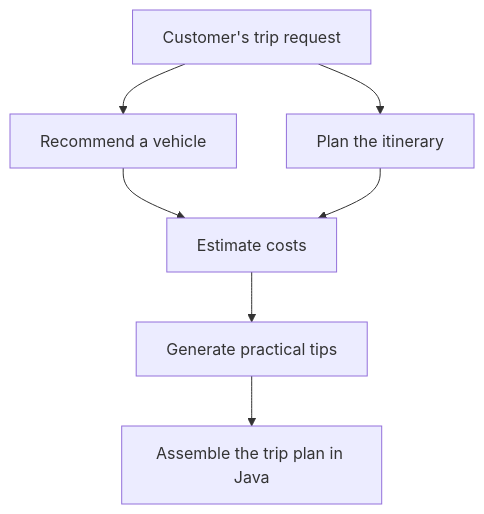
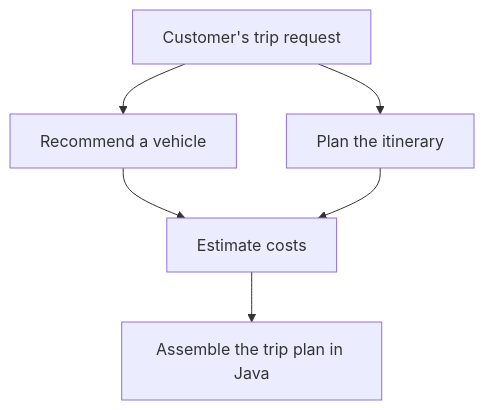
One commit to quarkusio/quarkus-workshop-langchain4j changed the third of 3 diagrams in docs/docs/section-3/step-01.md. Above: the diagram before and after it, drawn with Mermaid. The commit also changed other lines of this file and 151 other files, not shown here.

````diff
--- a/docs/docs/section-3/step-01.md
+++ b/docs/docs/section-3/step-01.md
@@ -13,9 +87,8 @@
-```mermaid
-flowchart TD
-    Request[Customer's trip request] --> Vehicle[Recommend a vehicle]
-    Request --> Itinerary[Plan the itinerary]
-    Vehicle --> Costs[Estimate costs]
-    Itinerary --> Costs
-    Costs --> Tips[Generate practical tips]
-    Tips --> Plan[Assemble the trip plan in Java]
-```
+    ```mermaid
+    flowchart TD
+        Request[Customer's trip request] --> Vehicle[Recommend a vehicle]
+        Request --> Itinerary[Plan the itinerary]
+        Vehicle --> Costs[Estimate costs]
+        Itinerary --> Costs
+        Costs --> Plan[Assemble the trip plan in Java]
+    ```
````
